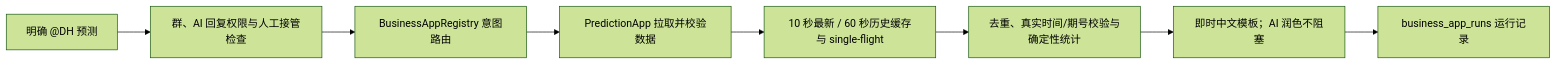
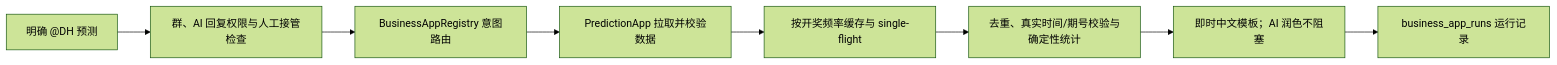
Before and after one commit to DH-devmax/d-hbot: the fourth of 5 diagrams in docs/ARCHITECTURE.md, drawn with Mermaid (forest theme). The commit also changed other lines of this file and 12 other files, not shown here.

````diff
--- a/docs/ARCHITECTURE.md
+++ b/docs/ARCHITECTURE.md
@@ -84,10 +84,10 @@
 ```mermaid
 flowchart LR
   A["明确 @DH 预测"] --> B["群、AI 回复权限与人工接管检查"]
   B --> C["BusinessAppRegistry 意图路由"]
   C --> D["PredictionApp 拉取并校验数据"]
-  D --> E["10 秒最新 / 60 秒历史缓存与 single-flight"]
+  D --> E["按开奖频率缓存与 single-flight"]
   E --> F["去重、真实时间/期号校验与确定性统计"]
   F --> G["即时中文模板；AI 润色不阻塞"]
   G --> H["business_app_runs 运行记录"]
 ```
````
